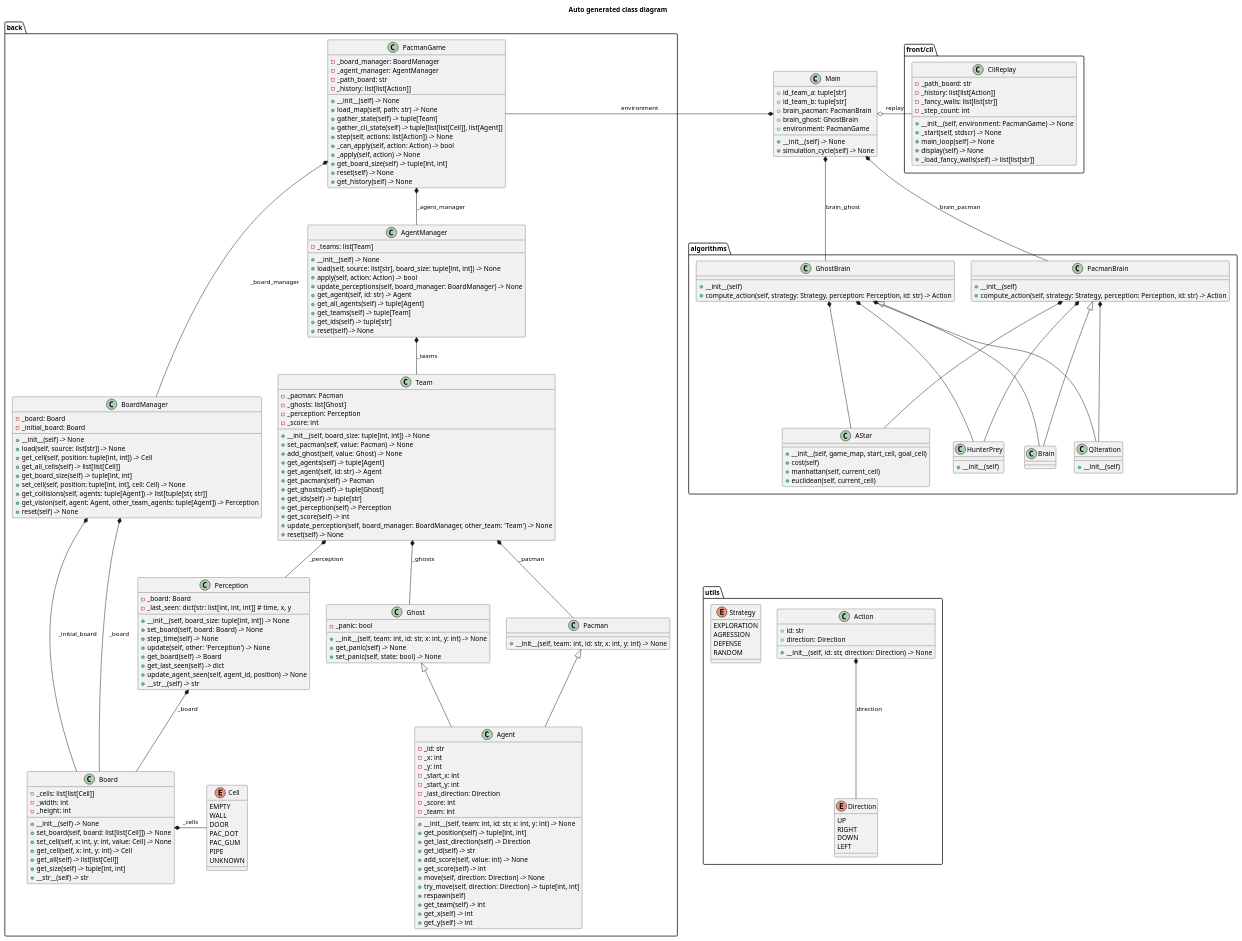
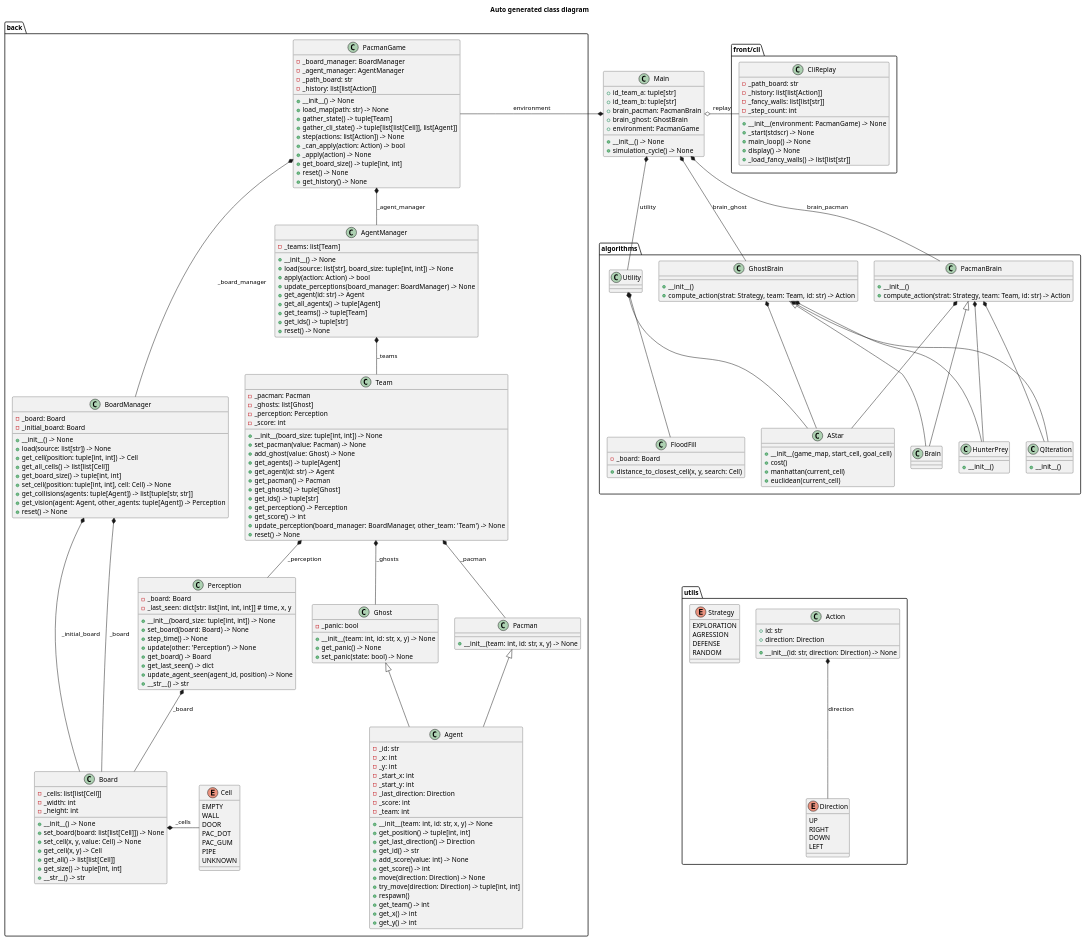
One commit to kalharko/pAIcman changed the diagram in Documentation/class_full_edited.puml. Above: the diagram before and after it, drawn with PlantUML. The commit also changed 2 other files, not shown here.

Commit message:
:memo: update class diagram

```diff
--- a/Documentation/class_full_edited.puml
+++ b/Documentation/class_full_edited.puml
@@ -5,7 +5,7 @@
 class Action{
 +id: str
 +direction: Direction
-+ __init__(self, id: str, direction: Direction) -> None
++ __init__(id: str, direction: Direction) -> None
 }
 Action *-- Direction : direction
 
@@ -34,31 +34,31 @@
 -_last_direction: Direction
 -_score: int
 -_team: int
-+ __init__(self, team: int, id: str, x: int, y: int) -> None
-+ get_position(self) -> tuple[int, int]
-+ get_last_direction(self) -> Direction
-+ get_id(self) -> str
-+ add_score(self, value: int) -> None
-+ get_score(self) -> int
-+ move(self, direction: Direction) -> None
-+ try_move(self, direction: Direction) -> tuple[int, int]
-+ respawn(self)
-+ get_team(self) -> int
-+ get_x(self) -> int
-+ get_y(self) -> int
++ __init__(team: int, id: str, x, y) -> None
++ get_position() -> tuple[int, int]
++ get_last_direction() -> Direction
++ get_id() -> str
++ add_score(value: int) -> None
++ get_score() -> int
++ move(direction: Direction) -> None
++ try_move(direction: Direction) -> tuple[int, int]
++ respawn()
++ get_team() -> int
++ get_x() -> int
++ get_y() -> int
 }
 
 class AgentManager{
 -_teams: list[Team]
-+ __init__(self) -> None
-+ load(self, source: list[str], board_size: tuple[int, int]) -> None
-+ apply(self, action: Action) -> bool
-+ update_perceptions(self, board_manager: BoardManager) -> None
-+ get_agent(self, id: str) -> Agent
-+ get_all_agents(self) -> tuple[Agent]
-+ get_teams(self) -> tuple[Team]
-+ get_ids(self) -> tuple[str]
-+ reset(self) -> None
++ __init__() -> None
++ load(source: list[str], board_size: tuple[int, int]) -> None
++ apply(action: Action) -> bool
++ update_perceptions(board_manager: BoardManager) -> None
++ get_agent(id: str) -> Agent
++ get_all_agents() -> tuple[Agent]
++ get_teams() -> tuple[Team]
++ get_ids() -> tuple[str]
++ reset() -> None
 }
 AgentManager *-- Team : _teams
 
@@ -66,13 +66,13 @@
 -_cells: list[list[Cell]]
 -_width: int
 -_height: int
-+ __init__(self) -> None
-+ set_board(self, board: list[list[Cell]]) -> None
-+ set_cell(self, x: int, y: int, value: Cell) -> None
-+ get_cell(self, x: int, y: int) -> Cell
-+ get_all(self) -> list[list[Cell]]
-+ get_size(self) -> tuple[int, int]
-+ __str__(self) -> str
++ __init__() -> None
++ set_board(board: list[list[Cell]]) -> None
++ set_cell(x, y, value: Cell) -> None
++ get_cell(x, y) -> Cell
++ get_all() -> list[list[Cell]]
++ get_size() -> tuple[int, int]
++ __str__() -> str
 }
 Board *-r- Cell : _cells
 
@@ -89,29 +89,29 @@
 class BoardManager{
 -_board: Board
 -_initial_board: Board
-+ __init__(self) -> None
-+ load(self, source: list[str]) -> None
-+ get_cell(self, position: tuple[int, int]) -> Cell
-+ get_all_cells(self) -> list[list[Cell]]
-+ get_board_size(self) -> tuple[int, int]
-+ set_cell(self, position: tuple[int, int], cell: Cell) -> None
-+ get_collisions(self, agents: tuple[Agent]) -> list[tuple[str, str]]
-+ get_vision(self, agent: Agent, other_team_agents: tuple[Agent]) -> Perception
-+ reset(self) -> None
++ __init__() -> None
++ load(source: list[str]) -> None
++ get_cell(position: tuple[int, int]) -> Cell
++ get_all_cells() -> list[list[Cell]]
++ get_board_size() -> tuple[int, int]
++ set_cell(position: tuple[int, int], cell: Cell) -> None
++ get_collisions(agents: tuple[Agent]) -> list[tuple[str, str]]
++ get_vision(agent: Agent, other_agents: tuple[Agent]) -> Perception
++ reset() -> None
 }
 BoardManager *-- Board : _board
 BoardManager *-- Board : _initial_board
 
 class Ghost{
 -_panic: bool
-+ __init__(self, team: int, id: str, x: int, y: int) -> None
-+ get_panic(self) -> None
-+ set_panic(self, state: bool) -> None
++ __init__(team: int, id: str, x, y) -> None
++ get_panic() -> None
++ set_panic(state: bool) -> None
 }
 Ghost <|-- Agent
 
 class Pacman{
-+ __init__(self, team: int, id: str, x: int, y: int) -> None
++ __init__(team: int, id: str, x, y) -> None
 }
 Pacman <|-- Agent
 
@@ -120,16 +120,16 @@
 -_agent_manager: AgentManager
 -_path_board: str
 -_history: list[list[Action]]
-+ __init__(self) -> None
-+ load_map(self, path: str) -> None
-+ gather_state(self) -> tuple[Team]
-+ gather_cli_state(self) -> tuple[list[list[Cell]], list[Agent]]
-+ step(self, actions: list[Action]) -> None
-+ _can_apply(self, action: Action) -> bool
-+ _apply(self, action) -> None
-+ get_board_size(self) -> tuple[int, int]
-+ reset(self) -> None
-+ get_history(self) -> None
++ __init__() -> None
++ load_map(path: str) -> None
++ gather_state() -> tuple[Team]
++ gather_cli_state() -> tuple[list[list[Cell]], list[Agent]]
++ step(actions: list[Action]) -> None
++ _can_apply(action: Action) -> bool
++ _apply(action) -> None
++ get_board_size() -> tuple[int, int]
++ reset() -> None
++ get_history() -> None
 }
 PacmanGame *-- BoardManager : _board_manager
 PacmanGame *-- AgentManager : _agent_manager
@@ -137,14 +137,14 @@
 class Perception{
 -_board: Board
 -_last_seen: dict[str: list[int, int, int]]  # time, x, y
-+ __init__(self, board_size: tuple[int, int]) -> None
-+ set_board(self, board: Board) -> None
-+ step_time(self) -> None
-+ update(self, other: 'Perception') -> None
-+ get_board(self) -> Board
-+ get_last_seen(self) -> dict
-+ update_agent_seen(self, agent_id, position) -> None
-+ __str__(self) -> str
++ __init__(board_size: tuple[int, int]) -> None
++ set_board(board: Board) -> None
++ step_time() -> None
++ update(other: 'Perception') -> None
++ get_board() -> Board
++ get_last_seen() -> dict
++ update_agent_seen(agent_id, position) -> None
++ __str__() -> str
 }
 Perception *-- Board : _board
 
@@ -153,18 +153,18 @@
 -_ghosts: list[Ghost]
 -_perception: Perception
 -_score: int
-+ __init__(self, board_size: tuple[int, int]) -> None
-+ set_pacman(self, value: Pacman) -> None
-+ add_ghost(self, value: Ghost) -> None
-+ get_agents(self) -> tuple[Agent]
-+ get_agent(self, id: str) -> Agent
-+ get_pacman(self) -> Pacman
-+ get_ghosts(self) -> tuple[Ghost]
-+ get_ids(self) -> tuple[str]
-+ get_perception(self) -> Perception
-+ get_score(self) -> int
-+ update_perception(self, board_manager: BoardManager, other_team: 'Team') -> None
-+ reset(self) -> None
++ __init__(board_size: tuple[int, int]) -> None
++ set_pacman(value: Pacman) -> None
++ add_ghost(value: Ghost) -> None
++ get_agents() -> tuple[Agent]
++ get_agent(id: str) -> Agent
++ get_pacman() -> Pacman
++ get_ghosts() -> tuple[Ghost]
++ get_ids() -> tuple[str]
++ get_perception() -> Perception
++ get_score() -> int
++ update_perception(board_manager: BoardManager, other_team: 'Team') -> None
++ reset() -> None
 }
 Team *-- Pacman : _pacman
 Team *-- Ghost : _ghosts
@@ -173,15 +173,15 @@
 }
 package algorithms {
 class AStar{
-+ __init__(self, game_map, start_cell, goal_cell)
-+ cost(self)
-+ manhattan(self, current_cell)
-+ euclidean(self, current_cell)
++ __init__(game_map, start_cell, goal_cell)
++ cost()
++ manhattan(current_cell)
++ euclidean(current_cell)
 }
 
 class GhostBrain{
-+ __init__(self)
-+ compute_action(self, strategy: Strategy, perception: Perception, id: str) -> Action
++ __init__()
++ compute_action(strat: Strategy, team: Team, id: str) -> Action
 }
 GhostBrain <|-- Brain
 GhostBrain *-- AStar
@@ -189,12 +189,12 @@
 GhostBrain *-- QIteration
 
 class HunterPrey{
-+ __init__(self)
++ __init__()
 }
 
 class PacmanBrain{
-+ __init__(self)
-+ compute_action(self, strategy: Strategy, perception: Perception, id: str) -> Action
++ __init__()
++ compute_action(strat: Strategy, team: Team, id: str) -> Action
 }
 PacmanBrain <|-- Brain
 PacmanBrain *-- AStar
@@ -202,7 +202,17 @@
 PacmanBrain *-- QIteration
 
 class QIteration{
-+ __init__(self)
++ __init__()
+}
+
+class Utility{
+
+}
+Utility *-- FloodFill
+Utility *-- AStar
+class FloodFill{
+- _board: Board
++ distance_to_closest_cell(x, y, search: Cell)
 }
 
 }
@@ -212,11 +222,11 @@
 -_history: list[list[Action]]
 -_fancy_walls: list[list[str]]
 -_step_count: int
-+ __init__(self, environment: PacmanGame) -> None
-+ _start(self, stdscr) -> None
-+ main_loop(self) -> None
-+ display(self) -> None
-+ _load_fancy_walls(self) -> list[list[str]]
++ __init__(environment: PacmanGame) -> None
++ _start(stdscr) -> None
++ main_loop() -> None
++ display() -> None
++ _load_fancy_walls() -> list[list[str]]
 }
 
 }
@@ -227,16 +237,18 @@
 +brain_pacman: PacmanBrain
 +brain_ghost: GhostBrain
 +environment: PacmanGame
-+ __init__(self) -> None
-+ simulation_cycle(self) -> None
++ __init__() -> None
++ simulation_cycle() -> None
 }
 Main *-- PacmanBrain : brain_pacman
 Main *-- GhostBrain : brain_ghost
+Main *-- Utility : utility
 Main *-l- PacmanGame : environment
 Main o-r- CliReplay : replay
 
 ' invisible organisational links
 Action -u[hidden]- AStar
 BoardManager -r[hidden]- Team
+Utility -r[hidden]- GhostBrain
 
 @enduml
```
